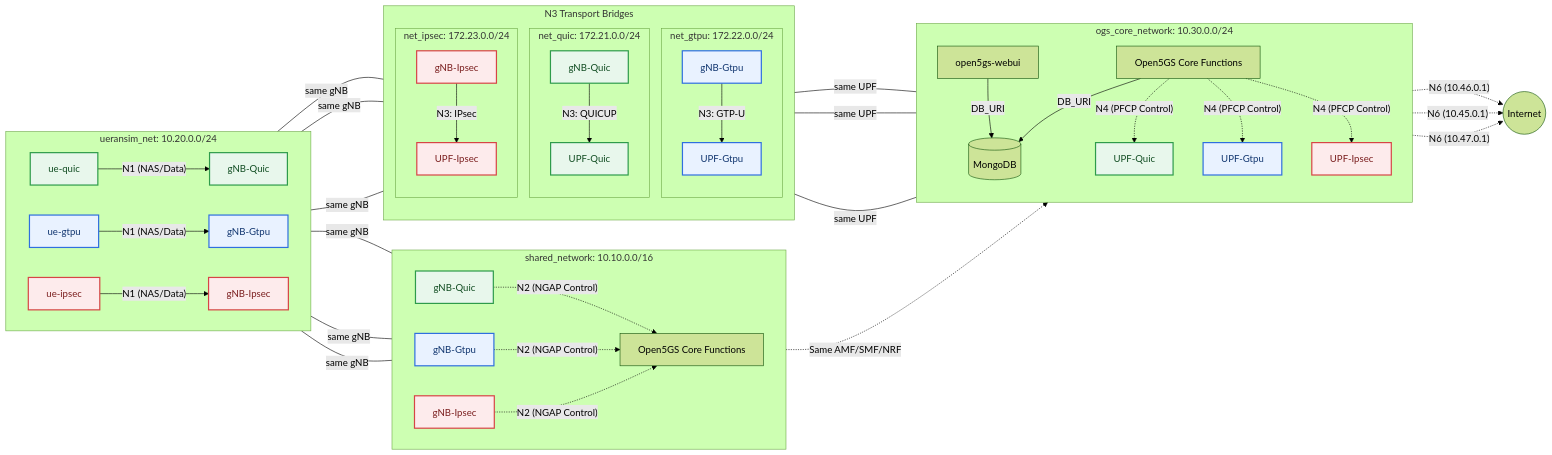
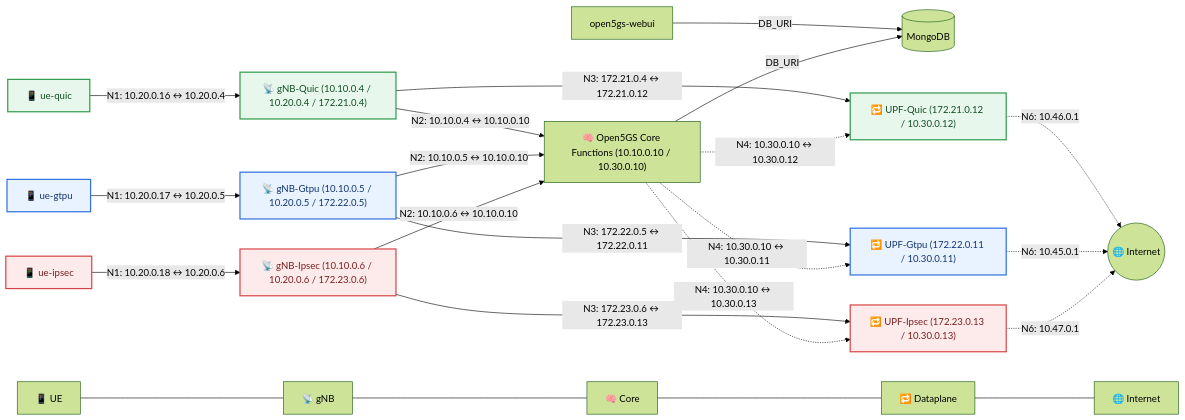
Before and after one commit to wenkey-gm/quicup-evaluation: the diagram in README.md, drawn with Mermaid (forest theme). The commit also changed other lines of this file, not shown here.

````diff
--- a/README.md
+++ b/README.md
@@ -240,85 +234,61 @@
 ```mermaid
 flowchart LR
+    classDef quic fill:#E8F7EC,stroke:#2E9B4B,stroke-width:2px,color:#114D22;
+    classDef gtpu fill:#E9F2FF,stroke:#2F6FDF,stroke-width:2px,color:#10356F;
+    classDef ipsec fill:#FDEBEC,stroke:#D64545,stroke-width:2px,color:#7A1E1E;
 
-  classDef quic fill:#E8F7EC,stroke:#2E9B4B,stroke-width:2px,color:#114D22;
-  classDef gtpu fill:#E9F2FF,stroke:#2F6FDF,stroke-width:2px,color:#10356F;
-  classDef ipsec fill:#FDEBEC,stroke:#D64545,stroke-width:2px,color:#7A1E1E;
+    Internet(("🌐 Internet"))
 
-  Internet((Internet))
+    %% RAN nodes
+    UE_q["📱 ue-quic"]
+    UE_g["📱 ue-gtpu"]
+    UE_i["📱 ue-ipsec"]
 
-  subgraph BR_RAN [ueransim_net: 10.20.0.0/24]
-    direction LR
-    UE_q[ue-quic] -- "N1 (NAS/Data)" --> gNB_Q_RAN[gNB-Quic]
-    UE_g[ue-gtpu] -- "N1 (NAS/Data)" --> gNB_G_RAN[gNB-Gtpu]
-    UE_i[ue-ipsec] -- "N1 (NAS/Data)" --> gNB_I_RAN[gNB-Ipsec]
-  end
+    %% gNB nodes (shared addresses listed)
+    gNB_Q["📡 gNB-Quic (10.10.0.4 / 10.20.0.4 / 172.21.0.4)"]
+    gNB_G["📡 gNB-Gtpu (10.10.0.5 / 10.20.0.5 / 172.22.0.5)"]
+    gNB_I["📡 gNB-Ipsec (10.10.0.6 / 10.20.0.6 / 172.23.0.6)"]
 
-  subgraph BR_SHARED [shared_network: 10.10.0.0/16]
-    direction LR
-    AMF_SMF_SHARED[Open5GS Core Functions]
-    gNB_Q_SHARED[gNB-Quic]
-    gNB_G_SHARED[gNB-Gtpu]
-    gNB_I_SHARED[gNB-Ipsec]
-  end
-
-  subgraph BR_N3 [N3 Transport Bridges]
-    direction TB
-
-    subgraph Net_QUIC [net_quic: 172.21.0.0/24]
-      gNB_Q_N3[gNB-Quic] -- "N3: QUICUP" --> UPF_Q_N3[UPF-Quic]
-    end
-
-    subgraph Net_GTPU [net_gtpu: 172.22.0.0/24]
-      gNB_G_N3[gNB-Gtpu] -- "N3: GTP-U" --> UPF_G_N3[UPF-Gtpu]
-    end
-
-    subgraph Net_IPSEC [net_ipsec: 172.23.0.0/24]
-      gNB_I_N3[gNB-Ipsec] -- "N3: IPsec" --> UPF_I_N3[UPF-Ipsec]
-    end
-  end
-
-  subgraph BR_CORE [ogs_core_network: 10.30.0.0/24]
-    direction TB
-    AMF_SMF[Open5GS Core Functions]
+    %% Core and dataplane nodes
+    AMF_SMF["🧠 Open5GS Core Functions (10.10.0.10 / 10.30.0.10)"]
     DB[(MongoDB)]
     WebUI[open5gs-webui]
-    UPF_Q_CORE[UPF-Quic]
-    UPF_G_CORE[UPF-Gtpu]
-    UPF_I_CORE[UPF-Ipsec]
-  end
+    UPF_Q["🔁 UPF-Quic (172.21.0.12 / 10.30.0.12)"]
+    UPF_G["🔁 UPF-Gtpu (172.22.0.11 / 10.30.0.11)"]
+    UPF_I["🔁 UPF-Ipsec (172.23.0.13 / 10.30.0.13)"]
+
+    %% Inline connections (replacing subgraph links)
+    UE_q -- "N1: 10.20.0.16 ↔ 10.20.0.4" --> gNB_Q
+    UE_g -- "N1: 10.20.0.17 ↔ 10.20.0.5" --> gNB_G
+    UE_i -- "N1: 10.20.0.18 ↔ 10.20.0.6" --> gNB_I
+
+    gNB_Q -- "N3: 172.21.0.4 ↔ 172.21.0.12" --> UPF_Q
+    gNB_G -- "N3: 172.22.0.5 ↔ 172.22.0.11" --> UPF_G
+    gNB_I -- "N3: 172.23.0.6 ↔ 172.23.0.13" --> UPF_I
+
+    DB
+    WebUI
 
 
-  WebUI -- "DB_URI" --> DB
-  AMF_SMF -- "DB_URI" --> DB
+    WebUI -- "DB_URI" --> DB
+    AMF_SMF -- "DB_URI" --> DB
 
-  gNB_Q_RAN ---|same gNB| gNB_Q_SHARED
-  gNB_G_RAN ---|same gNB| gNB_G_SHARED
-  gNB_I_RAN ---|same gNB| gNB_I_SHARED
+    gNB_Q -- "N2: 10.10.0.4 ↔ 10.10.0.10" --> AMF_SMF
+    gNB_G -- "N2: 10.10.0.5 ↔ 10.10.0.10" --> AMF_SMF
+    gNB_I -- "N2: 10.10.0.6 ↔ 10.10.0.10" --> AMF_SMF
 
+    AMF_SMF -. "N4: 10.30.0.10 ↔ 10.30.0.12" .-> UPF_Q
+    AMF_SMF -. "N4: 10.30.0.10 ↔ 10.30.0.11" .-> UPF_G
+    AMF_SMF -. "N4: 10.30.0.10 ↔ 10.30.0.13" .-> UPF_I
 
-  gNB_Q_SHARED -. "N2 (NGAP Control)" .-> AMF_SMF_SHARED
-  gNB_G_SHARED -. "N2 (NGAP Control)" .-> AMF_SMF_SHARED
-  gNB_I_SHARED -. "N2 (NGAP Control)" .-> AMF_SMF_SHARED
+    UPF_Q -. "N6: 10.46.0.1" .-> Internet
+    UPF_G -. "N6: 10.45.0.1" .-> Internet
+    UPF_I -. "N6: 10.47.0.1" .-> Internet
 
-  AMF_SMF_SHARED -. "Same AMF/SMF/NRF" .-> AMF_SMF
+    class UE_q,gNB_Q,UPF_Q quic;
+    class UE_g,gNB_G,UPF_G gtpu;
+    class UE_i,gNB_I,UPF_I ipsec;
 
-  AMF_SMF -. "N4 (PFCP Control)" .-> UPF_Q_CORE
-  AMF_SMF -. "N4 (PFCP Control)" .-> UPF_G_CORE
-  AMF_SMF -. "N4 (PFCP Control)" .-> UPF_I_CORE
+    L_UE["📱 UE"] --- L_gNB["📡 gNB"] --- L_CORE["🧠 Core"] --- L_DP["🔁 Dataplane"] --- L_Internet["🌐 Internet"]
 
-  UPF_Q_N3 ---|same UPF| UPF_Q_CORE
-  UPF_G_N3 ---|same UPF| UPF_G_CORE
-  UPF_I_N3 ---|same UPF| UPF_I_CORE
-
-  gNB_Q_RAN ---|same gNB| gNB_Q_N3
-  gNB_G_RAN ---|same gNB| gNB_G_N3
-  gNB_I_RAN ---|same gNB| gNB_I_N3
-
-  UPF_Q_CORE -. "N6 (10.46.0.1)" .-> Internet
-  UPF_G_CORE -. "N6 (10.45.0.1)" .-> Internet
-  UPF_I_CORE -. "N6 (10.47.0.1)" .-> Internet
-
-  class UE_q,gNB_Q_RAN,gNB_Q_SHARED,gNB_Q_N3,UPF_Q_N3,UPF_Q_CORE quic;
-  class UE_g,gNB_G_RAN,gNB_G_SHARED,gNB_G_N3,UPF_G_N3,UPF_G_CORE gtpu;
-  class UE_i,gNB_I_RAN,gNB_I_SHARED,gNB_I_N3,UPF_I_N3,UPF_I_CORE ipsec;
 ```
````
